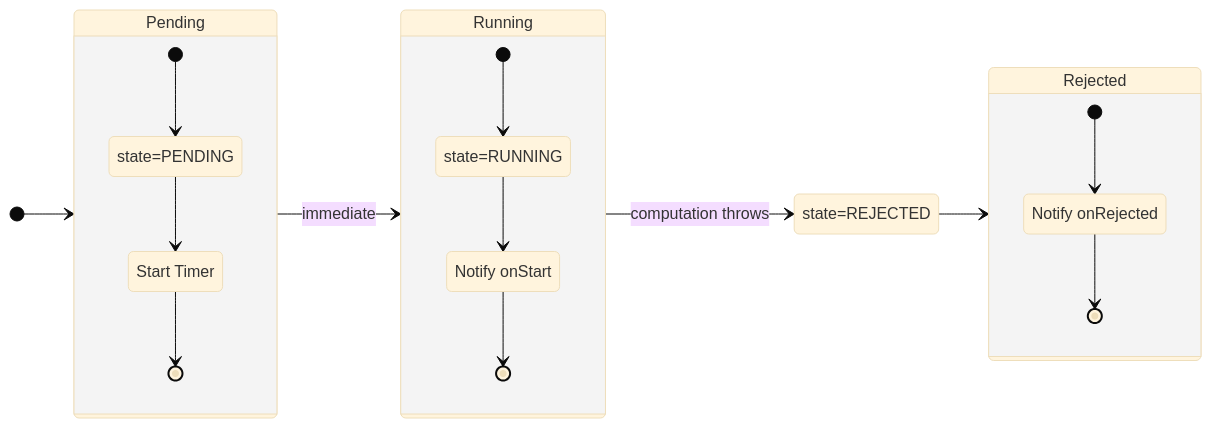
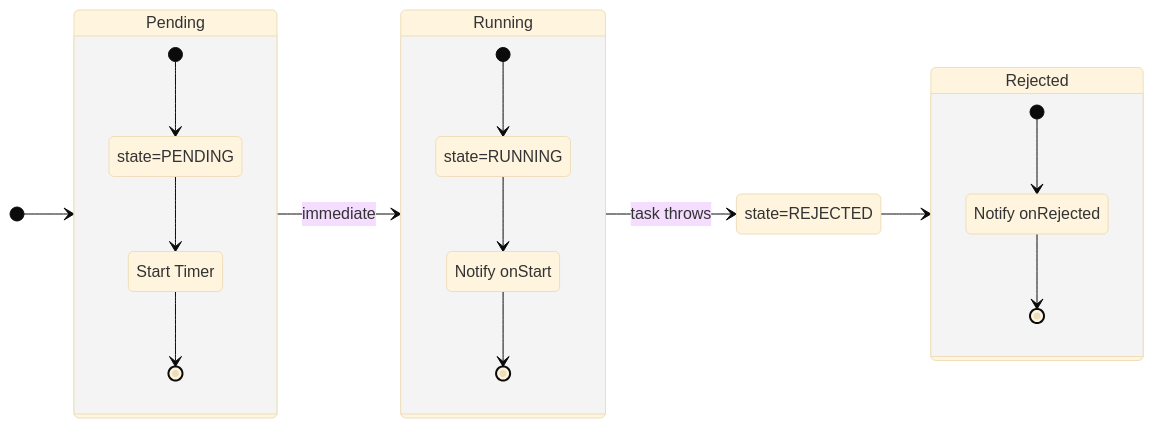
Before and after one commit to BobKerns/better-future: the diagram in src/images/reject.mmd, drawn with Mermaid (base theme). The commit also changed 18 other files, not shown here.

Commit message:
Massive rename: computation -> task.

```diff
--- a/src/images/reject.mmd
+++ b/src/images/reject.mmd
@@ -1,26 +1,26 @@
 stateDiagram-v2
     direction LR
     [*] --> Pending
     Pending --> Running : immediate
-    Running --> state=REJECTED : computation throws
+    Running --> state=REJECTED : task throws
     state=REJECTED --> Rejected
 
     state Pending {
       [*] --> state=PENDING
       state=PENDING --> Timer
       Timer --> [*]
       Timer : Start Timer
     }
 
     state Running {
       [*] --> state=RUNNING
       state=RUNNING --> NotifyStarted
       NotifyStarted --> [*]
       NotifyStarted : Notify onStart
     }
 
     state Rejected {
       [*] --> NotifyRejected
       NotifyRejected --> [*]
       NotifyRejected : Notify onRejected
     }
```
